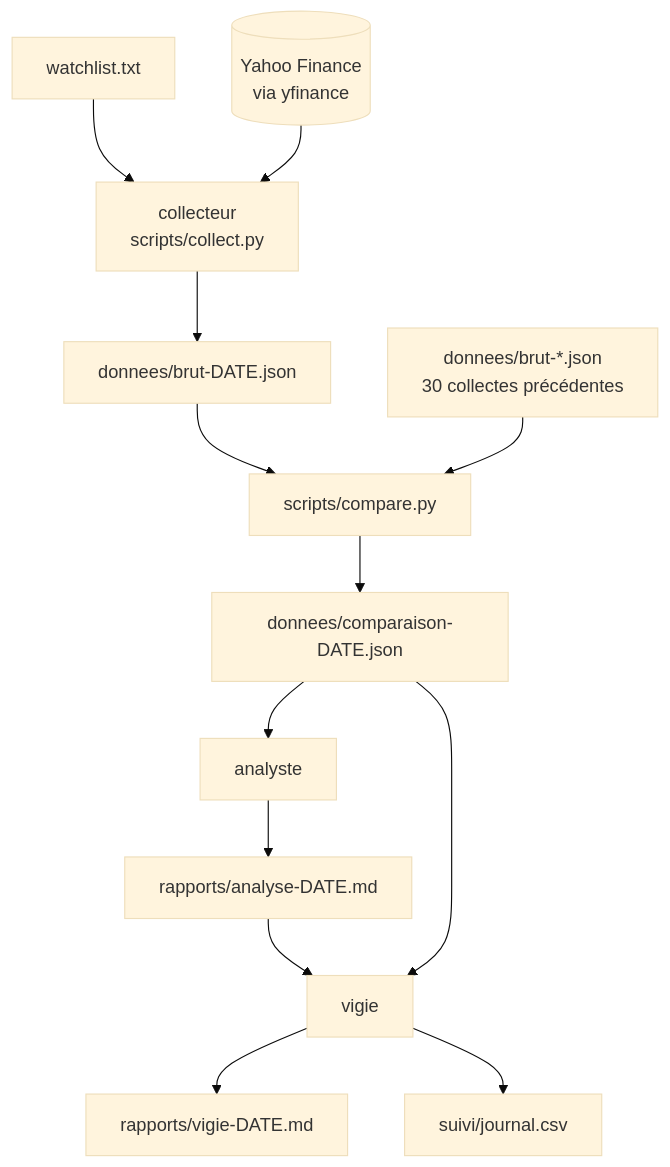
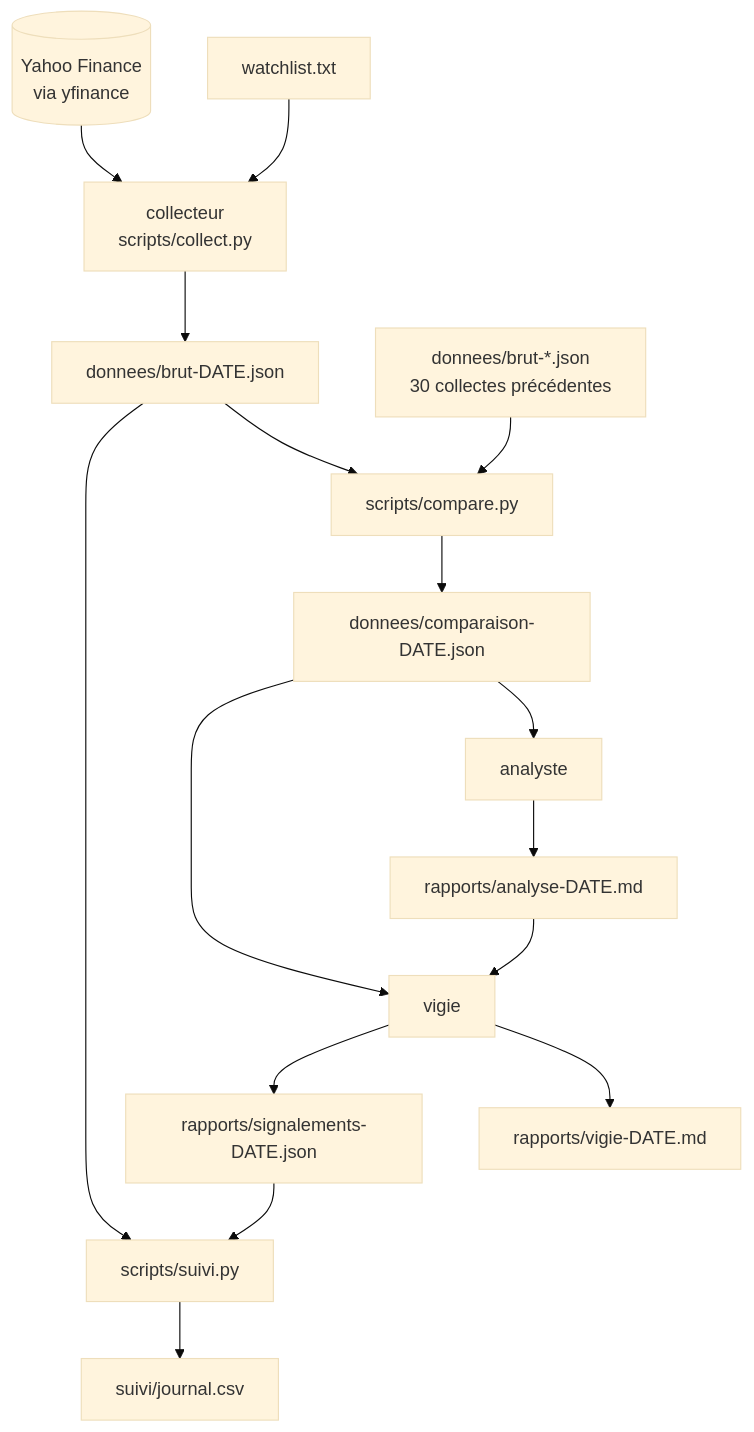
The diagram in docs/architecture.md (Amine-Senhadji/vigie-options), drawn with Mermaid (base theme) before and after one commit. The commit also changed other lines of this file and 19 other files, not shown here.

First line of the commit message:
Version 1.1 : détection plus fiable et journal de suivi tenu par Python

````diff
--- a/docs/architecture.md
+++ b/docs/architecture.md
@@ -19,15 +24,18 @@
 ```mermaid
 flowchart TD
     W[watchlist.txt] --> C
     Y[(Yahoo Finance<br/>via yfinance)] --> C
     C[collecteur<br/>scripts/collect.py] --> B[donnees/brut-DATE.json]
     B --> P[scripts/compare.py]
     H[donnees/brut-*.json<br/>30 collectes précédentes] --> P
     P --> K[donnees/comparaison-DATE.json]
     K --> A[analyste]
     A --> R[rapports/analyse-DATE.md]
     R --> V[vigie]
     K --> V
     V --> S[rapports/vigie-DATE.md]
-    V --> J[suivi/journal.csv]
+    V --> G[rapports/signalements-DATE.json]
+    G --> U[scripts/suivi.py]
+    B --> U
+    U --> J[suivi/journal.csv]
 ```
````
